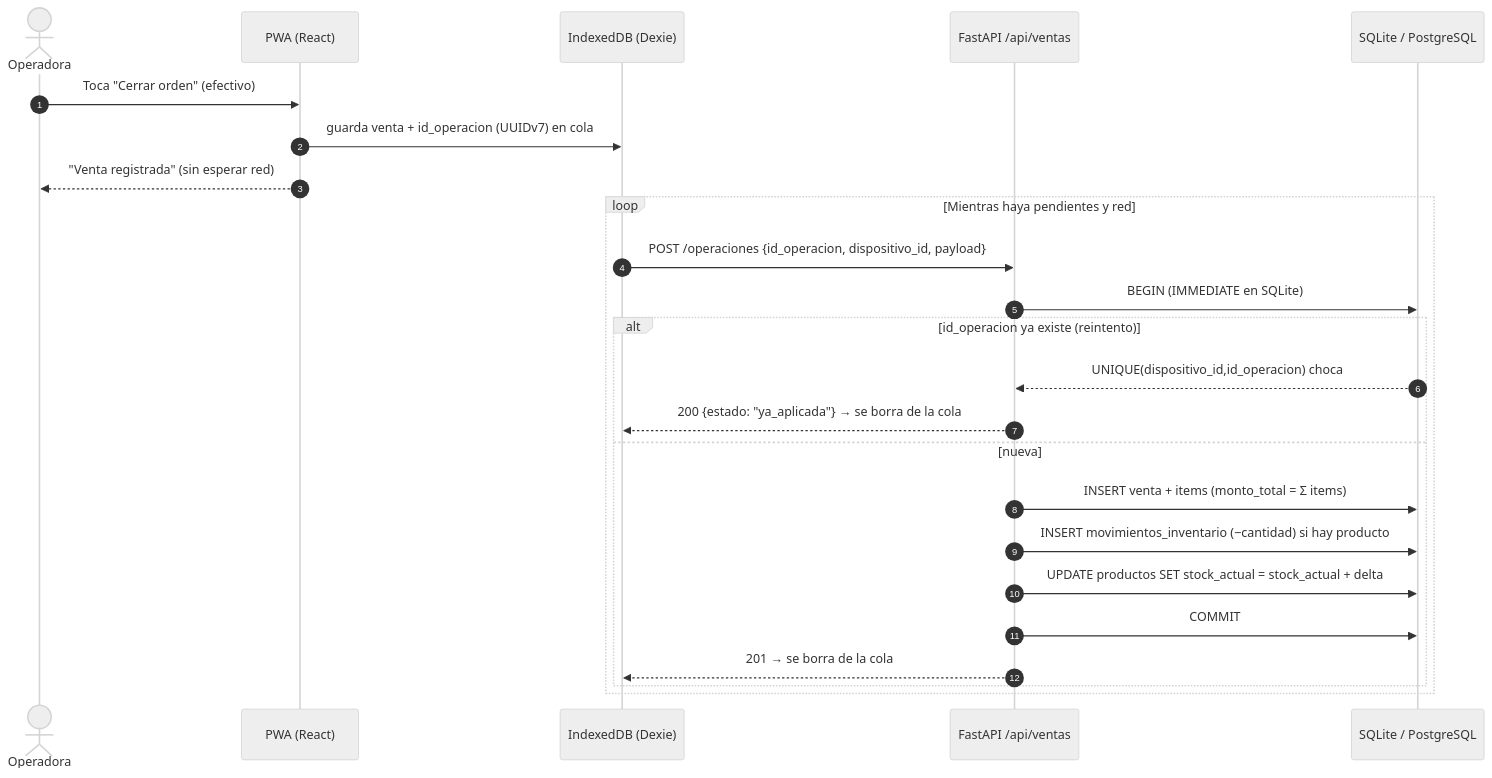
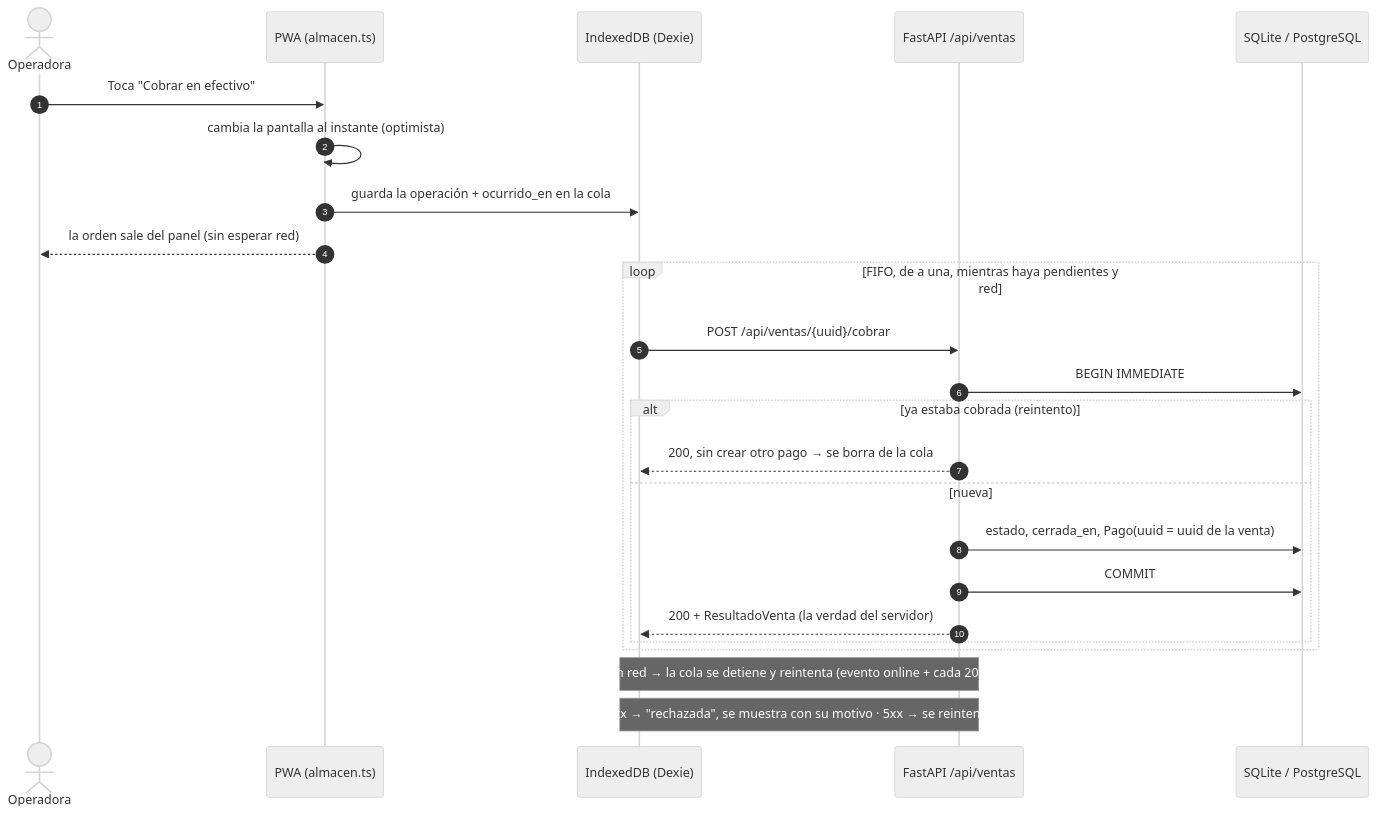
One commit to JoseFM2808/Mi-puestito changed the second of 5 diagrams in .ai-context/01-logica-sistema.md. Above: the diagram before and after it, drawn with Mermaid (neutral theme). The commit also changed other lines of this file and 45 other files, not shown here.

````diff
--- a/.ai-context/01-logica-sistema.md
+++ b/.ai-context/01-logica-sistema.md
@@ -33,27 +43,27 @@
 ```mermaid
 sequenceDiagram
     autonumber
     actor Op as Operadora
-    participant UI as PWA (React)
+    participant UI as PWA (almacen.ts)
     participant IDB as IndexedDB (Dexie)
     participant API as FastAPI /api/ventas
     participant BD as SQLite / PostgreSQL
 
-    Op->>UI: Toca "Cerrar orden" (efectivo)
-    UI->>IDB: guarda venta + id_operacion (UUIDv7) en cola
-    UI-->>Op: "Venta registrada" (sin esperar red)
-    loop Mientras haya pendientes y red
-        IDB->>API: POST /operaciones {id_operacion, dispositivo_id, payload}
-        API->>BD: BEGIN (IMMEDIATE en SQLite)
-        alt id_operacion ya existe (reintento)
-            BD-->>API: UNIQUE(dispositivo_id,id_operacion) choca
-            API-->>IDB: 200 {estado: "ya_aplicada"} → se borra de la cola
+    Op->>UI: Toca "Cobrar en efectivo"
+    UI->>UI: cambia la pantalla al instante (optimista)
+    UI->>IDB: guarda la operación + ocurrido_en en la cola
+    UI-->>Op: la orden sale del panel (sin esperar red)
+    loop FIFO, de a una, mientras haya pendientes y red
+        IDB->>API: POST /api/ventas/{uuid}/cobrar
+        API->>BD: BEGIN IMMEDIATE
+        alt ya estaba cobrada (reintento)
+            API-->>IDB: 200, sin crear otro pago → se borra de la cola
         else nueva
-            API->>BD: INSERT venta + items (monto_total = Σ items)
-            API->>BD: INSERT movimientos_inventario (−cantidad) si hay producto
-            API->>BD: UPDATE productos SET stock_actual = stock_actual + delta
+            API->>BD: estado, cerrada_en, Pago(uuid = uuid de la venta)
             API->>BD: COMMIT
-            API-->>IDB: 201 → se borra de la cola
+            API-->>IDB: 200 + ResultadoVenta (la verdad del servidor)
         end
     end
+    Note over IDB,API: sin red → la cola se detiene y reintenta (evento online + cada 20 s)
+    Note over IDB,API: 4xx → "rechazada", se muestra con su motivo · 5xx → se reintenta
 ```
````
